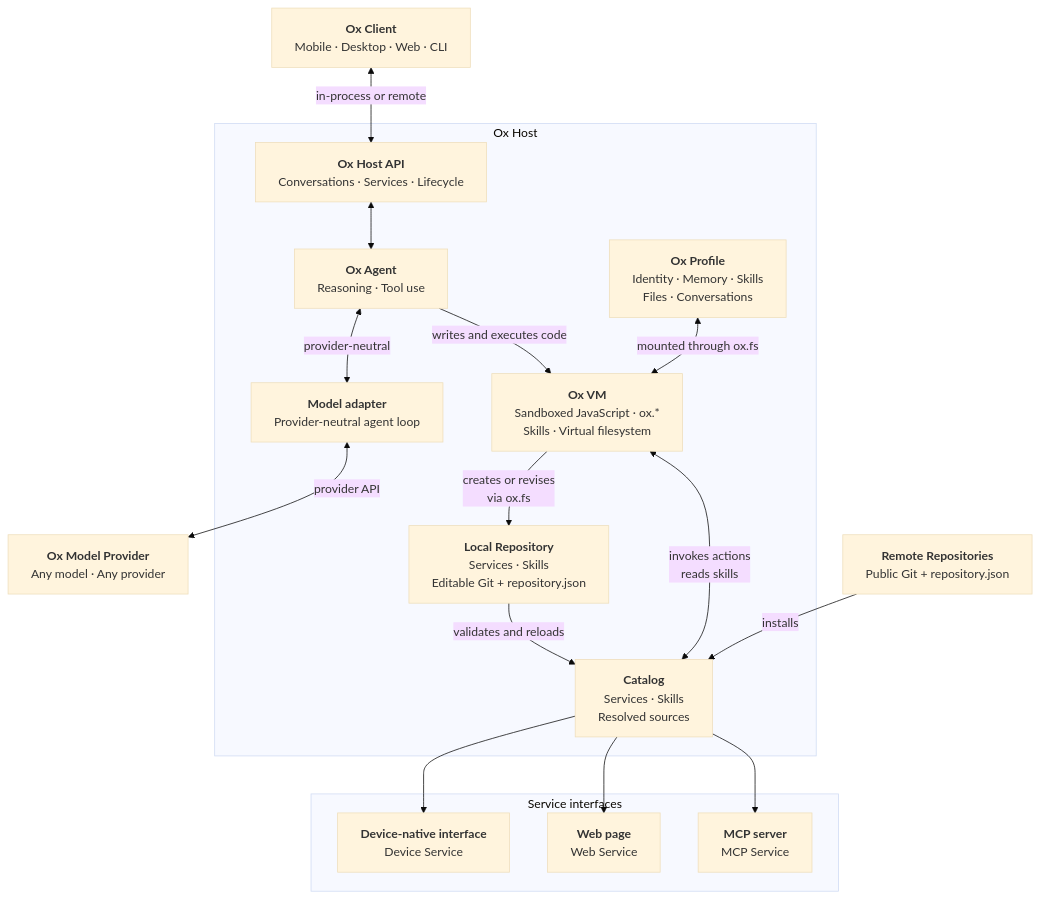
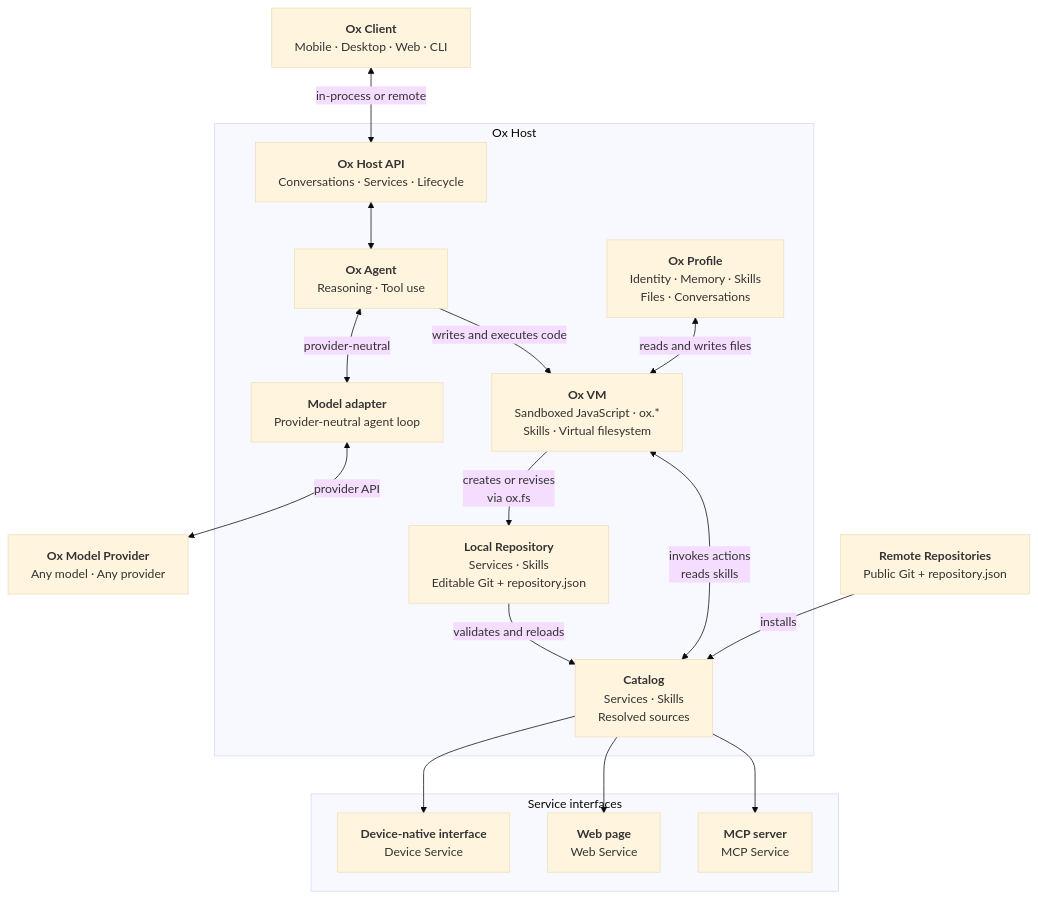
Before and after one commit to ziyzhu/openox: the second of 2 diagrams in README.md, drawn with Mermaid (base theme). The commit also changed other lines of this file and 20 other files, not shown here.

````diff
--- a/README.md
+++ b/README.md
@@ -112,41 +101,41 @@
 ```mermaid
 ---
 config:
   flowchart:
     wrappingWidth: 400
 ---
 flowchart TB
   client["<b>Ox Client</b><br>Mobile · Desktop · Web · CLI"]
   model["<b>Ox Model Provider</b><br>Any model · Any provider"]
   remote_repositories["<b>Remote Repositories</b><br>Public Git + repository.json"]
 
   subgraph host["Ox Host"]
     host_api["<b>Ox Host API</b><br>Conversations · Services · Lifecycle"]
     agent["<b>Ox Agent</b><br>Reasoning · Tool use"]
     model_adapter["<b>Model adapter</b><br>Provider-neutral agent loop"]
     profile["<b>Ox Profile</b><br>Identity · Memory · Skills<br>Files · Conversations"]
     vm["<b>Ox VM</b><br>Sandboxed JavaScript · ox.*<br>Skills · Virtual filesystem"]
     local_repository["<b>Local Repository</b><br>Services · Skills<br>Editable Git + repository.json"]
     catalog["<b>Catalog</b><br>Services · Skills<br>Resolved sources"]
   end
 
   subgraph interfaces["Service interfaces"]
     device["<b>Device-native interface</b><br>Device Service"]
     web["<b>Web page</b><br>Web Service"]
     mcp["<b>MCP server</b><br>MCP Service"]
   end
 
   client <-- "in-process or remote" --> host_api
   host_api <--> agent
   agent <-- "provider-neutral" --> model_adapter
   model_adapter <-- "provider API" --> model
   agent -- "writes and executes code" --> vm
-  profile <-- "mounted through ox.fs" --> vm
+  profile <-- "reads and writes files" --> vm
   vm -- "creates or revises<br>via ox.fs" --> local_repository
   vm <-- "invokes actions<br>reads skills" --> catalog
   local_repository -- "validates and reloads" --> catalog
   remote_repositories -- "installs" --> catalog
   catalog --> device
   catalog --> web
   catalog --> mcp
 ```
````
